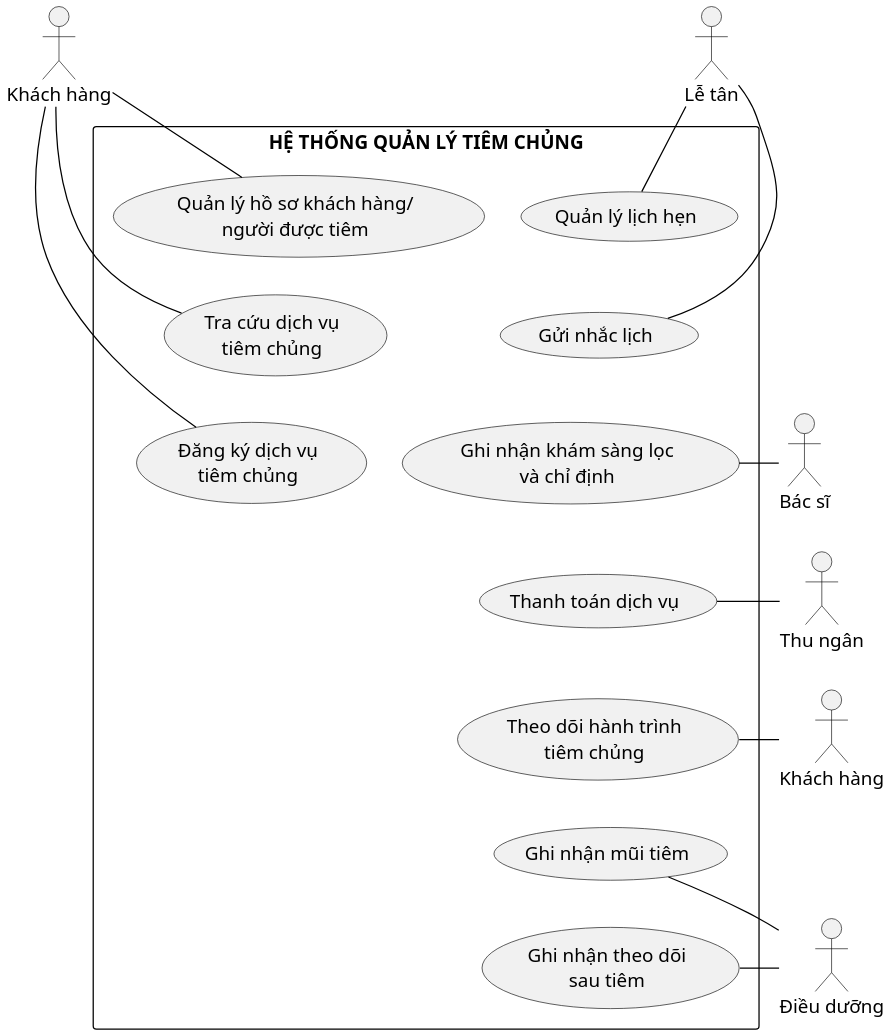
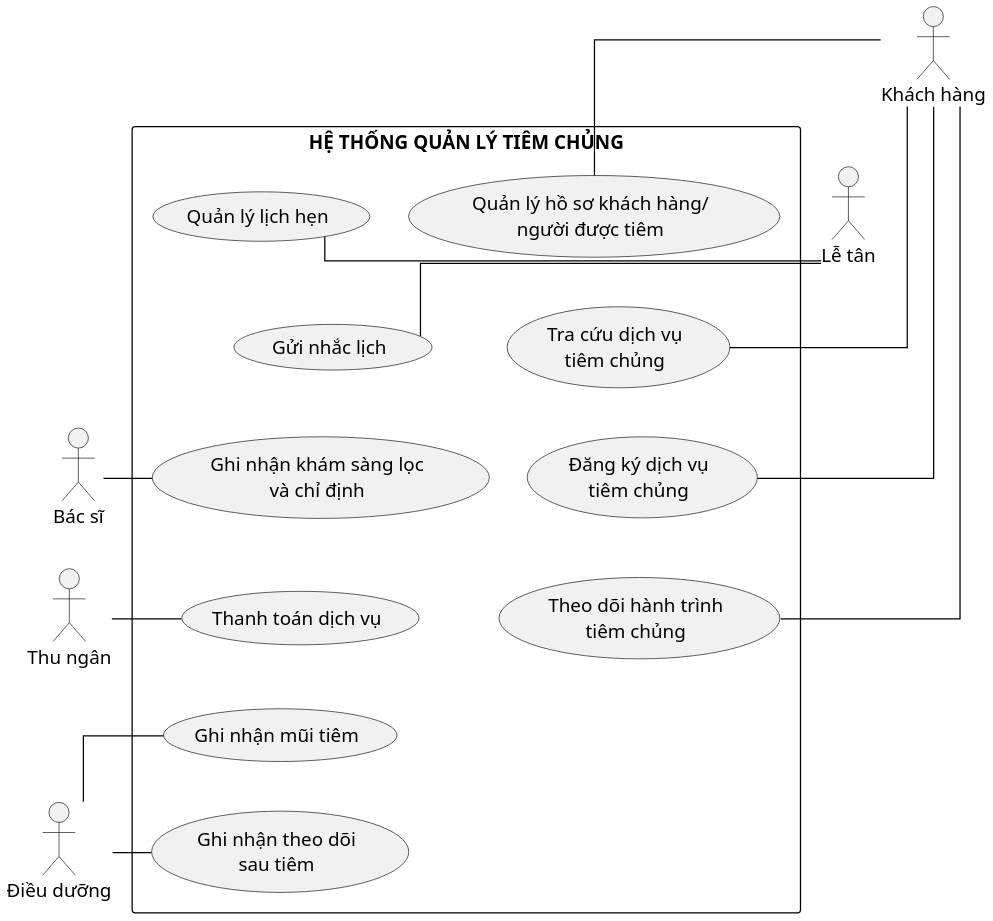
One commit to datngo1203/KLCN-QuanLyTiemChung changed the diagram in docs/thesis/uml/Hinh_2_9_System_Use_Case_Tong_Quan.puml. Above: the diagram before and after it, drawn with PlantUML.

Commit message:
docs(thesis): use single actors and orthogonal connectors

```diff
--- a/docs/thesis/uml/Hinh_2_9_System_Use_Case_Tong_Quan.puml
+++ b/docs/thesis/uml/Hinh_2_9_System_Use_Case_Tong_Quan.puml
@@ -1,75 +1,78 @@
 @startuml
 ' THESIS-R1 — Hình 2.9 System Use Case summary
-' Semantic source: SCOPE.md System Use Case semantic lock v3 + presentation lock v1
-' Summary shows primary/representative actor associations only.
-' "Khách hàng" is repeated as the same semantic actor to reduce connector crossing.
+' One visible symbol per actor; orthogonal connectors for print readability.
 skinparam monochrome true
 skinparam shadowing false
 skinparam backgroundColor white
 skinparam defaultFontName "Times New Roman"
 skinparam defaultFontSize 15
 skinparam ArrowColor black
 skinparam ActorBorderColor black
 skinparam UsecaseBorderColor black
 skinparam RectangleBorderColor black
-skinparam nodesep 28
-skinparam ranksep 30
+skinparam linetype ortho
+skinparam nodesep 30
+skinparam ranksep 32
 skinparam dpi 180
 
 top to bottom direction
 
-actor "Khách hàng" as CustomerTop
+actor "Khách hàng" as Customer
 actor "Lễ tân" as Reception
+Customer -[hidden]down- Reception
 
 rectangle "HỆ THỐNG QUẢN LÝ TIÊM CHỦNG" as SystemBoundary {
   usecase "Quản lý hồ sơ khách hàng/\nngười được tiêm" as UC09
   usecase "Quản lý lịch hẹn" as UC12
 
   usecase "Tra cứu dịch vụ\ntiêm chủng" as UC10
   usecase "Gửi nhắc lịch" as UC13
 
   usecase "Đăng ký dịch vụ\ntiêm chủng" as UC11
   usecase "Ghi nhận khám sàng lọc\nvà chỉ định" as UC15
 
+  usecase "Theo dõi hành trình\ntiêm chủng" as UC19
   usecase "Thanh toán dịch vụ" as UC16
-  usecase "Theo dõi hành trình\ntiêm chủng" as UC19
+
   usecase "Ghi nhận mũi tiêm" as UC17
   usecase "Ghi nhận theo dõi\nsau tiêm" as UC18
 
-  ' Left customer discovery/registration column.
+  ' Left customer-facing column.
   UC09 -[hidden]down- UC10
   UC10 -[hidden]down- UC11
+  UC11 -[hidden]down- UC19
 
-  ' Right operational/journey column.
+  ' Right operational column.
   UC12 -[hidden]down- UC13
   UC13 -[hidden]down- UC15
   UC15 -[hidden]down- UC16
-  UC16 -[hidden]down- UC19
-  UC19 -[hidden]down- UC17
+  UC16 -[hidden]down- UC17
   UC17 -[hidden]down- UC18
 
   UC09 -[hidden]right- UC12
   UC10 -[hidden]right- UC13
   UC11 -[hidden]right- UC15
+  UC19 -[hidden]right- UC16
 }
 
 actor "Bác sĩ" as Doctor
 actor "Thu ngân" as Cashier
-actor "Khách hàng" as CustomerJourney
 actor "Điều dưỡng" as Nurse
+Doctor -[hidden]down- Cashier
+Cashier -[hidden]down- Nurse
 
 ' Primary/representative actor associations only.
-CustomerTop -down- UC09
-CustomerTop -- UC10
-CustomerTop -- UC11
+Customer -right- UC09
+Customer -right- UC10
+Customer -right- UC11
+Customer -right- UC19
 
-Reception -down- UC12
-Reception -- UC13
+Reception -right- UC12
+Reception -right- UC13
 
 UC15 -right- Doctor
 UC16 -right- Cashier
-UC19 -right- CustomerJourney
 UC17 -right- Nurse
 UC18 -right- Nurse
 
 @enduml
```
